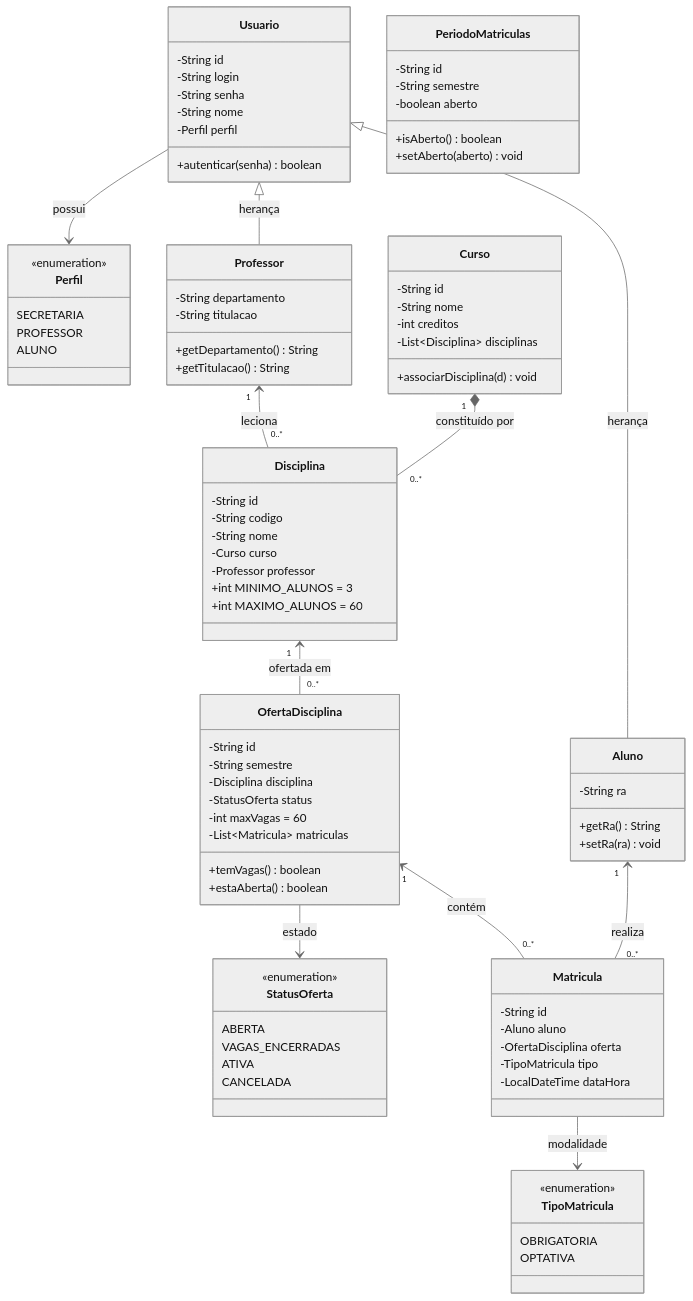
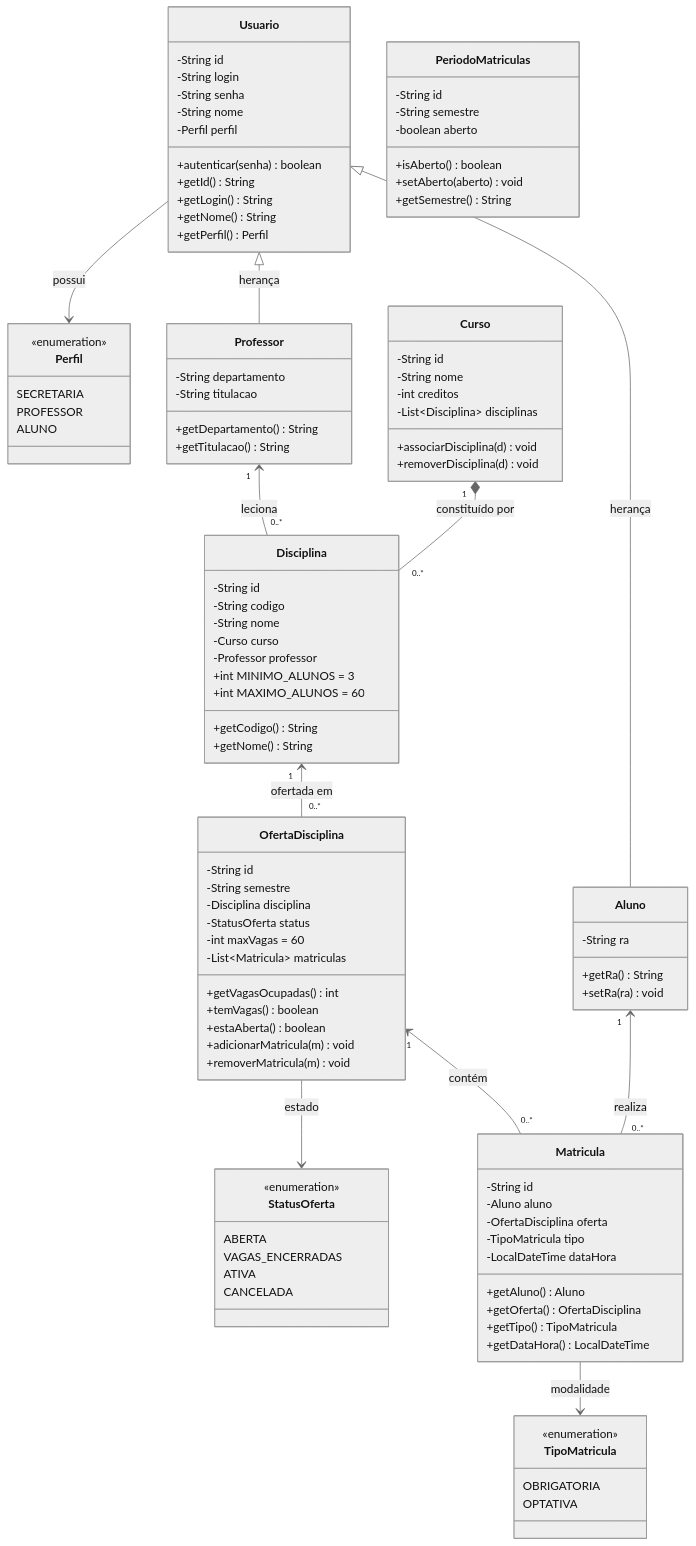
Before and after one commit to leticiaafigueiredo/lab02: the second of 2 diagrams in README.md, drawn with Mermaid (neutral theme). The commit also changed other lines of this file and 9 other files, not shown here.

Commit message:
feat: integracao com Docker e atualizacao completa dos diagramas UML de classes e casos de uso

````diff
--- a/README.md
+++ b/README.md
@@ -155,5 +100,7 @@
 ```mermaid
 classDiagram
+    direction TB
+
     class Perfil {
         <<enumeration>>
         SECRETARIA
@@ -182,6 +129,10 @@
         -String nome
         -Perfil perfil
         +autenticar(senha) boolean
+        +getId() String
+        +getLogin() String
+        +getNome() String
+        +getPerfil() Perfil
     }
 
     class Aluno {
@@ -203,6 +154,7 @@
         -int creditos
         -List~Disciplina~ disciplinas
         +associarDisciplina(d) void
+        +removerDisciplina(d) void
     }
 
     class Disciplina {
@@ -213,6 +165,8 @@
         -Professor professor
         +int MINIMO_ALUNOS = 3
         +int MAXIMO_ALUNOS = 60
+        +getCodigo() String
+        +getNome() String
     }
 
     class OfertaDisciplina {
@@ -222,8 +176,11 @@
         -StatusOferta status
         -int maxVagas = 60
         -List~Matricula~ matriculas
+        +getVagasOcupadas() int
         +temVagas() boolean
         +estaAberta() boolean
+        +adicionarMatricula(m) void
+        +removerMatricula(m) void
     }
 
     class Matricula {
@@ -232,6 +189,10 @@
         -OfertaDisciplina oferta
         -TipoMatricula tipo
         -LocalDateTime dataHora
+        +getAluno() Aluno
+        +getOferta() OfertaDisciplina
+        +getTipo() TipoMatricula
+        +getDataHora() LocalDateTime
     }
 
     class PeriodoMatriculas {
@@ -240,6 +201,7 @@
         -boolean aberto
         +isAberto() boolean
         +setAberto(aberto) void
+        +getSemestre() String
     }
 
     Usuario <|-- Aluno : herança
````
